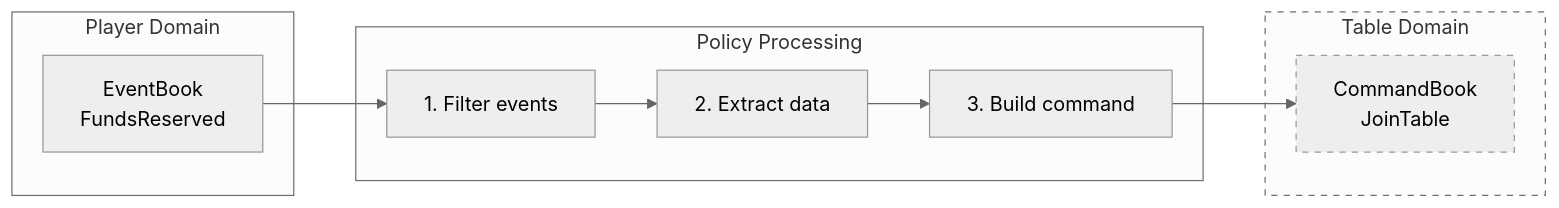
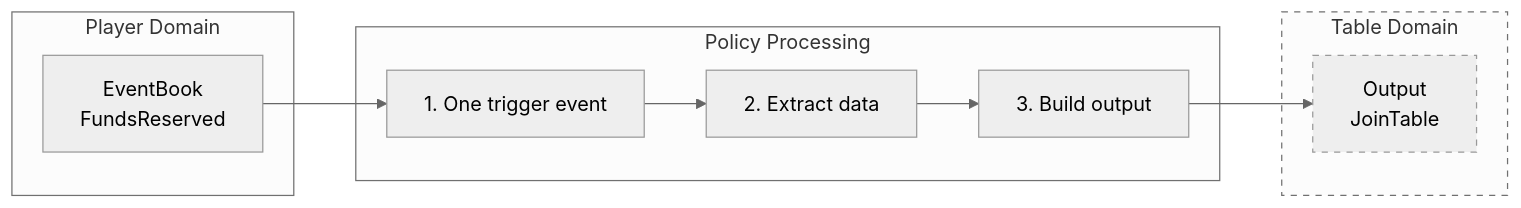
One commit to angzarr-io/angzarr-project changed the diagram in site/src/content/docs/components/policy.mdx. Above: the diagram before and after it, drawn with Mermaid (neutral theme). The commit also changed other lines of this file and 29 other files, not shown here.

````diff
--- a/site/src/content/docs/components/policy.mdx
+++ b/site/src/content/docs/components/policy.mdx
@@ -32,23 +31,23 @@
 ```mermaid
 flowchart LR
     subgraph DomainA[Player Domain]
         Input[EventBook<br/>FundsReserved]
     end
 
     subgraph Policy[Policy Processing]
-        Filter[1. Filter events]
+        Filter[1. One trigger event]
         Extract[2. Extract data]
-        Build[3. Build command]
+        Build[3. Build output]
         Filter --> Extract --> Build
     end
 
     subgraph DomainB[Table Domain]
-        Output[CommandBook<br/>JoinTable]
+        Output[Output<br/>JoinTable]
     end
 
     Input --> Filter
     Build --> Output
 
     style DomainB stroke-dasharray: 5 5
     style Output stroke-dasharray: 5 5
 ```
````
